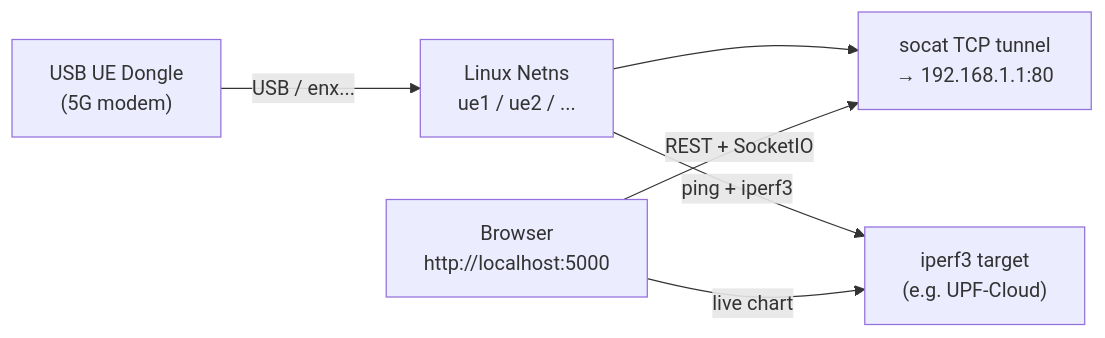
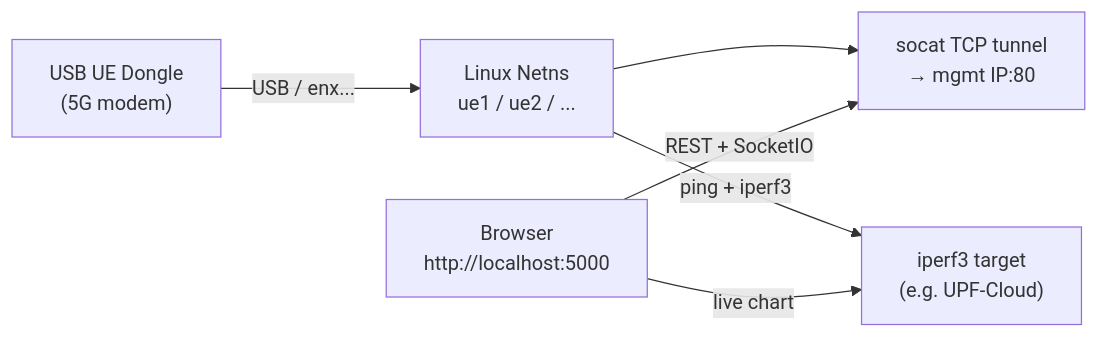
One commit to Jacobbista/kelt changed the first of 2 diagrams in docs/tools/5g-probe.md. Above: the diagram before and after it, drawn with Mermaid. The commit also changed other lines of this file and 13 other files, not shown here.

````diff
--- a/docs/tools/5g-probe.md
+++ b/docs/tools/5g-probe.md
@@ -17,19 +17,19 @@
 ```mermaid
 graph LR
     DONGLE["USB UE Dongle
     (5G modem)"]
     NS["Linux Netns
     ue1 / ue2 / ..."]
     SOCAT["socat TCP tunnel
-    → 192.168.1.1:80"]
+    → mgmt IP:80"]
     IPERF["iperf3 target
     (e.g. UPF-Cloud)"]
     BROWSER["Browser
     http://localhost:5000"]
 
     DONGLE -->|"USB / enx..."| NS
     NS --> SOCAT
     NS -->|"ping + iperf3"| IPERF
     BROWSER -->|"REST + SocketIO"| SOCAT
     BROWSER -->|"live chart"| IPERF
 ```
````
